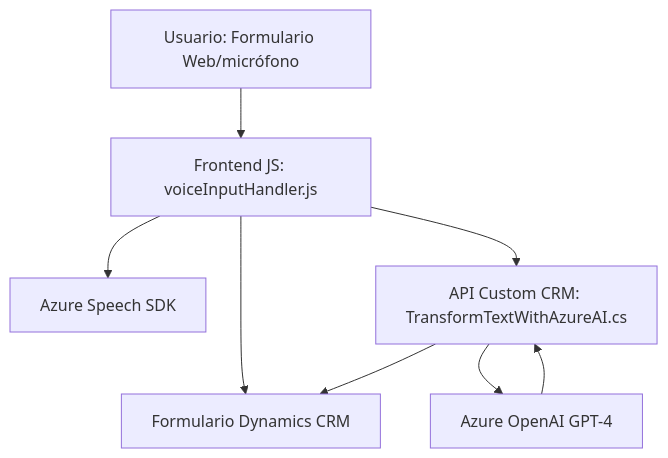
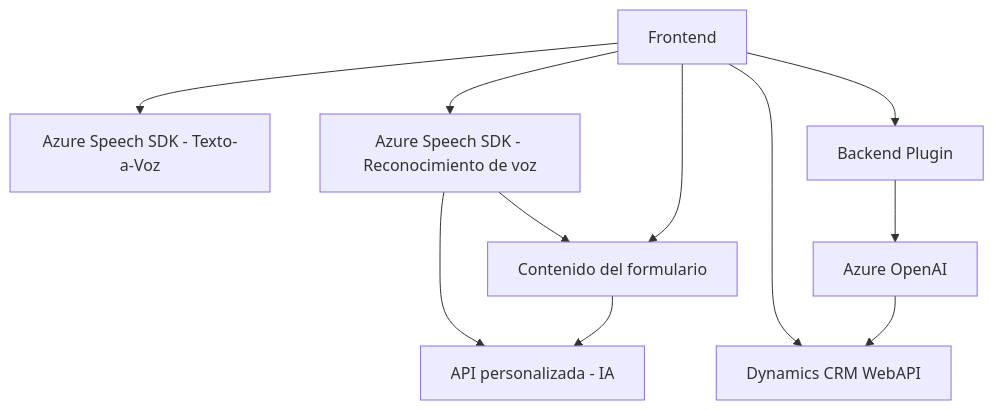
One commit to blopezdm/NETCORE_BILBAO2025 changed the diagram in README.md. Above: the diagram before and after it, drawn with Mermaid. The commit also changed other lines of this file, not shown here.

````diff
--- a/README.md
+++ b/README.md
@@ -34,17 +51,22 @@
 ```mermaid
 graph TD
-    A["Usuario: Formulario Web/micrófono"]
-    B["Frontend JS: voiceInputHandler.js"]
-    C["Azure Speech SDK"]
-    D["Formulario Dynamics CRM"]
-    E["API Custom CRM: TransformTextWithAzureAI.cs"]
-    F["Azure OpenAI GPT-4"]
+    A["Frontend"]
+    B["Azure Speech SDK - Texto-a-Voz"]
+    C["Azure Speech SDK - Reconocimiento de voz"]
+    D["Dynamics CRM WebAPI"]
+    E["Backend Plugin"]
+    F["Contenido del formulario"]
+    G["Azure OpenAI"]
+    H["API personalizada - IA"]
 
     A --> B
-    B --> C
-    B --> D
-    B --> E
-    E --> F
-    F --> E
-    E --> D
+    A --> C
+    A --> F
+    A --> D
+    C --> H
+    C --> F
+    F --> H
+    A --> E
+    E --> G
+    G --> D
 ```
````
